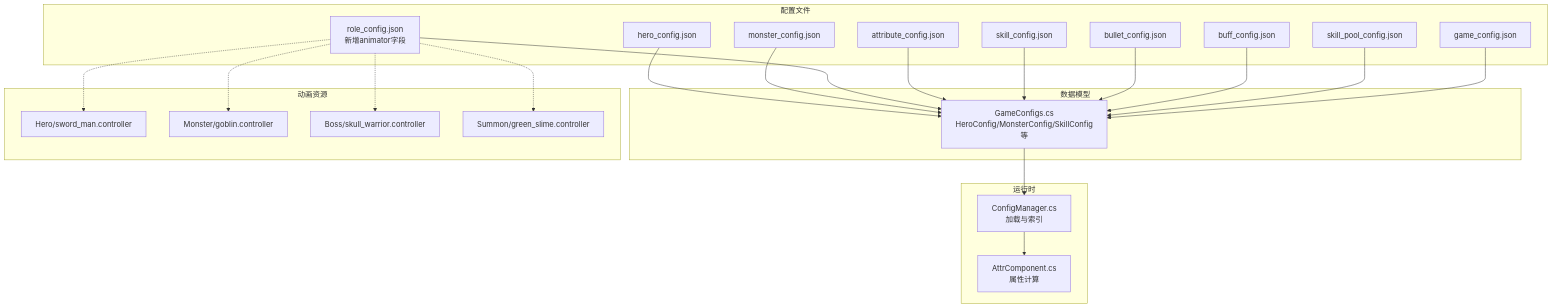
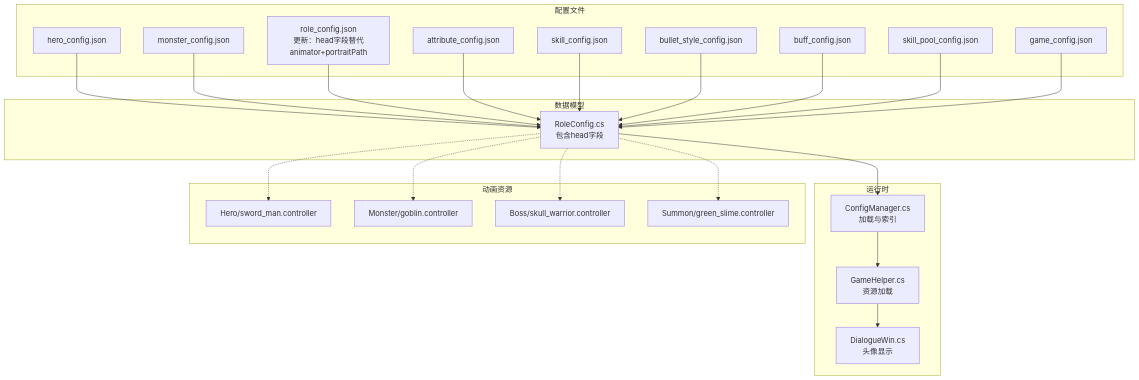
One commit to Tuusen/p1_client changed the first of 5 diagrams in .qoder/repowiki/zh/content/配置管理系统/配置文件类型/角色配置文件.md. Above: the diagram before and after it, drawn with Mermaid. The commit also changed other lines of this file and 36 other files, not shown here.

````diff
--- a/.qoder/repowiki/zh/content/配置管理系统/配置文件类型/角色配置文件.md
+++ b/.qoder/repowiki/zh/content/配置管理系统/配置文件类型/角色配置文件.md
@@ -47,42 +55,44 @@
 ```mermaid
 graph TB
 subgraph "配置文件"
 HC["hero_config.json"]
 MC["monster_config.json"]
-RC["role_config.json<br/>新增animator字段"]
+RC["role_config.json<br/>更新：head字段替代animator+portraitPath"]
 AC["attribute_config.json"]
 SK["skill_config.json"]
-BC["bullet_config.json"]
+BS["bullet_style_config.json"]
 BF["buff_config.json"]
 SP["skill_pool_config.json"]
 GC["game_config.json"]
 end
 subgraph "数据模型"
-GCFG["GameConfigs.cs<br/>HeroConfig/MonsterConfig/SkillConfig等"]
+RCM["RoleConfig.cs<br/>包含head字段"]
 end
 subgraph "运行时"
 CM["ConfigManager.cs<br/>加载与索引"]
-ATC["AttrComponent.cs<br/>属性计算"]
+GH["GameHelper.cs<br/>资源加载"]
+DW["DialogueWin.cs<br/>头像显示"]
 end
 subgraph "动画资源"
 HERO_ANIM["Hero/sword_man.controller"]
 MONSTER_ANIM["Monster/goblin.controller"]
 BOSS_ANIM["Boss/skull_warrior.controller"]
 SUMMON_ANIM["Summon/green_slime.controller"]
 end
-HC --> GCFG
-MC --> GCFG
-RC --> GCFG
-AC --> GCFG
-SK --> GCFG
-BC --> GCFG
-BF --> GCFG
-SP --> GCFG
-GC --> GCFG
-GCFG --> CM
-CM --> ATC
-RC -.-> HERO_ANIM
-RC -.-> MONSTER_ANIM
-RC -.-> BOSS_ANIM
-RC -.-> SUMMON_ANIM
+HC --> RCM
+MC --> RCM
+RC --> RCM
+AC --> RCM
+SK --> RCM
+BS --> RCM
+BF --> RCM
+SP --> RCM
+GC --> RCM
+RCM --> CM
+CM --> GH
+GH --> DW
+RCM -.-> HERO_ANIM
+RCM -.-> MONSTER_ANIM
+RCM -.-> BOSS_ANIM
+RCM -.-> SUMMON_ANIM
 ```
````
